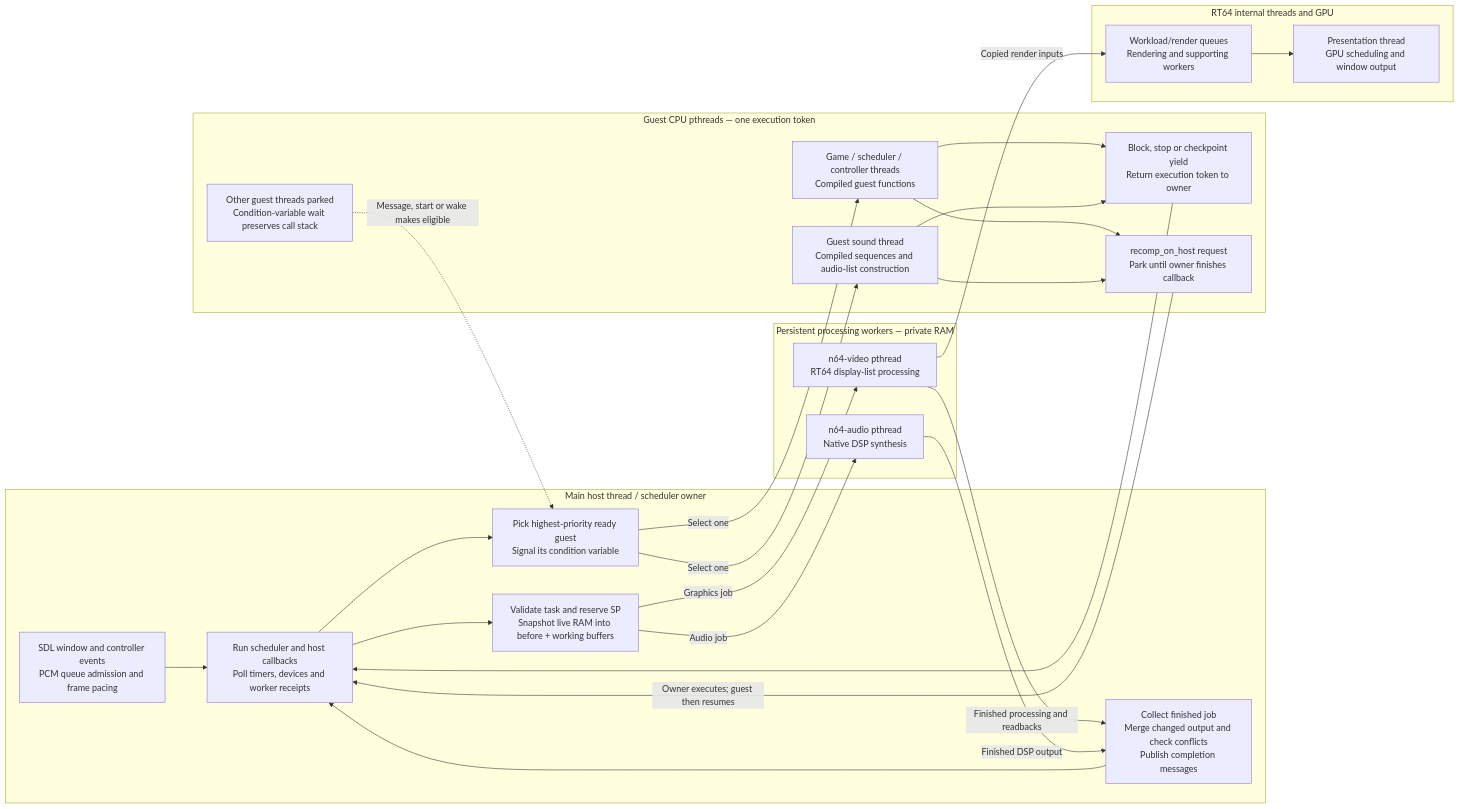
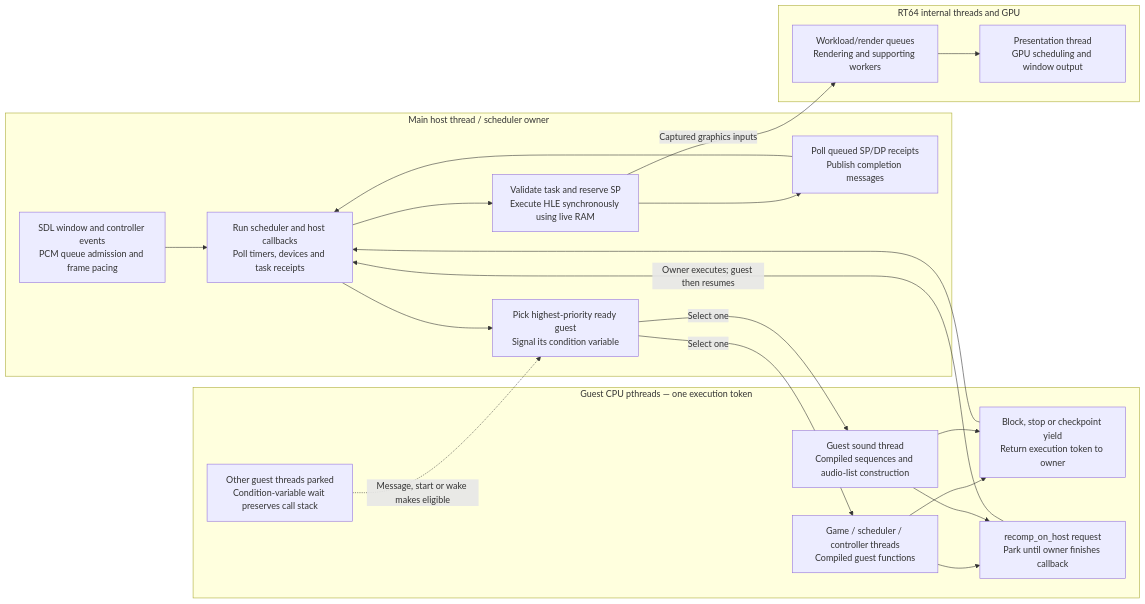
Before and after one commit to polaco1782/v64recomp: the fourth of 6 diagrams in docs/process-flow.md, drawn with Mermaid. The commit also changed other lines of this file and 20 other files, not shown here.

Commit message:
Process HLE tasks synchronously against live guest RAM

````diff
--- a/docs/process-flow.md
+++ b/docs/process-flow.md
@@ -170,44 +170,37 @@
 ```mermaid
 flowchart LR
     subgraph Owner["Main host thread / scheduler owner"]
         SDL["SDL window and controller events<br/>PCM queue admission and frame pacing"]
-        Host["Run scheduler and host callbacks<br/>Poll timers, devices and worker receipts"]
+        Host["Run scheduler and host callbacks<br/>Poll timers, devices and task receipts"]
         Dispatch["Pick highest-priority ready guest<br/>Signal its condition variable"]
-        Submit["Validate task and reserve SP<br/>Snapshot live RAM into before + working buffers"]
-        Commit["Collect finished job<br/>Merge changed output and check conflicts<br/>Publish completion messages"]
+        Submit["Validate task and reserve SP<br/>Execute HLE synchronously using live RAM"]
+        Commit["Poll queued SP/DP receipts<br/>Publish completion messages"]
         SDL --> Host
         Host --> Dispatch
         Host --> Submit
+        Submit --> Commit
         Commit --> Host
     end
     subgraph Guests["Guest CPU pthreads — one execution token"]
         Game["Game / scheduler / controller threads<br/>Compiled guest functions"]
         Sound["Guest sound thread<br/>Compiled sequences and audio-list construction"]
         Park["Other guest threads parked<br/>Condition-variable wait preserves call stack"]
         Return["Block, stop or checkpoint yield<br/>Return execution token to owner"]
         Callback["recomp_on_host request<br/>Park until owner finishes callback"]
         Game --> Return
         Sound --> Return
         Game --> Callback
         Sound --> Callback
     end
-    subgraph Workers["Persistent processing workers — private RAM"]
-        Video["n64-video pthread<br/>RT64 display-list processing"]
-        Audio["n64-audio pthread<br/>Native DSP synthesis"]
-    end
     subgraph Renderer["RT64 internal threads and GPU"]
         Render["Workload/render queues<br/>Rendering and supporting workers"]
         Present["Presentation thread<br/>GPU scheduling and window output"]
         Render --> Present
     end
     Dispatch -->|"Select one"| Game
     Dispatch -->|"Select one"| Sound
     Return --> Host
     Callback -->|"Owner executes; guest then resumes"| Host
-    Submit -->|"Graphics job"| Video
-    Submit -->|"Audio job"| Audio
-    Video -->|"Finished processing and readbacks"| Commit
-    Audio -->|"Finished DSP output"| Commit
-    Video -->|"Copied render inputs"| Render
+    Submit -->|"Captured graphics inputs"| Render
     Park -. "Message, start or wake makes eligible" .-> Dispatch
 ```
````
